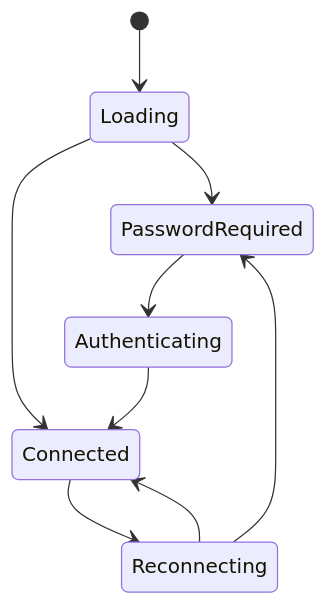
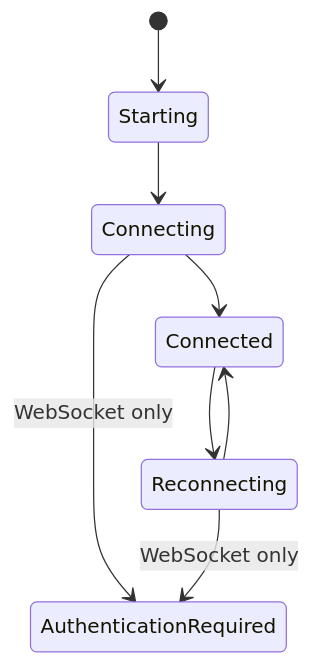
Before and after one commit to Kiramei/baas-tauri: the diagram in docs/content/docs/en/api/frontend-runtime.mdx, drawn with Mermaid. The commit also changed other lines of this file and 16 other files, not shown here.

````diff
--- a/docs/content/docs/en/api/frontend-runtime.mdx
+++ b/docs/content/docs/en/api/frontend-runtime.mdx
@@ -22,11 +43,10 @@
 ```mermaid
 stateDiagram-v2
-  [*] --> Loading
-  Loading --> PasswordRequired
-  Loading --> Connected
-  PasswordRequired --> Authenticating
-  Authenticating --> Connected
+  [*] --> Starting
+  Starting --> Connecting
+  Connecting --> Connected
+  Connecting --> AuthenticationRequired: WebSocket only
   Connected --> Reconnecting
   Reconnecting --> Connected
-  Reconnecting --> PasswordRequired
+  Reconnecting --> AuthenticationRequired: WebSocket only
 ```
````
